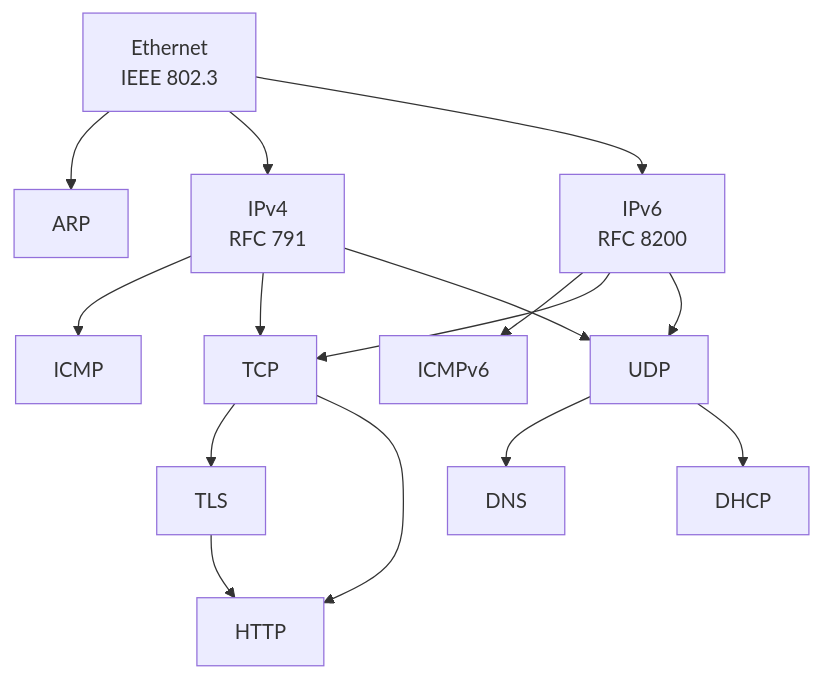
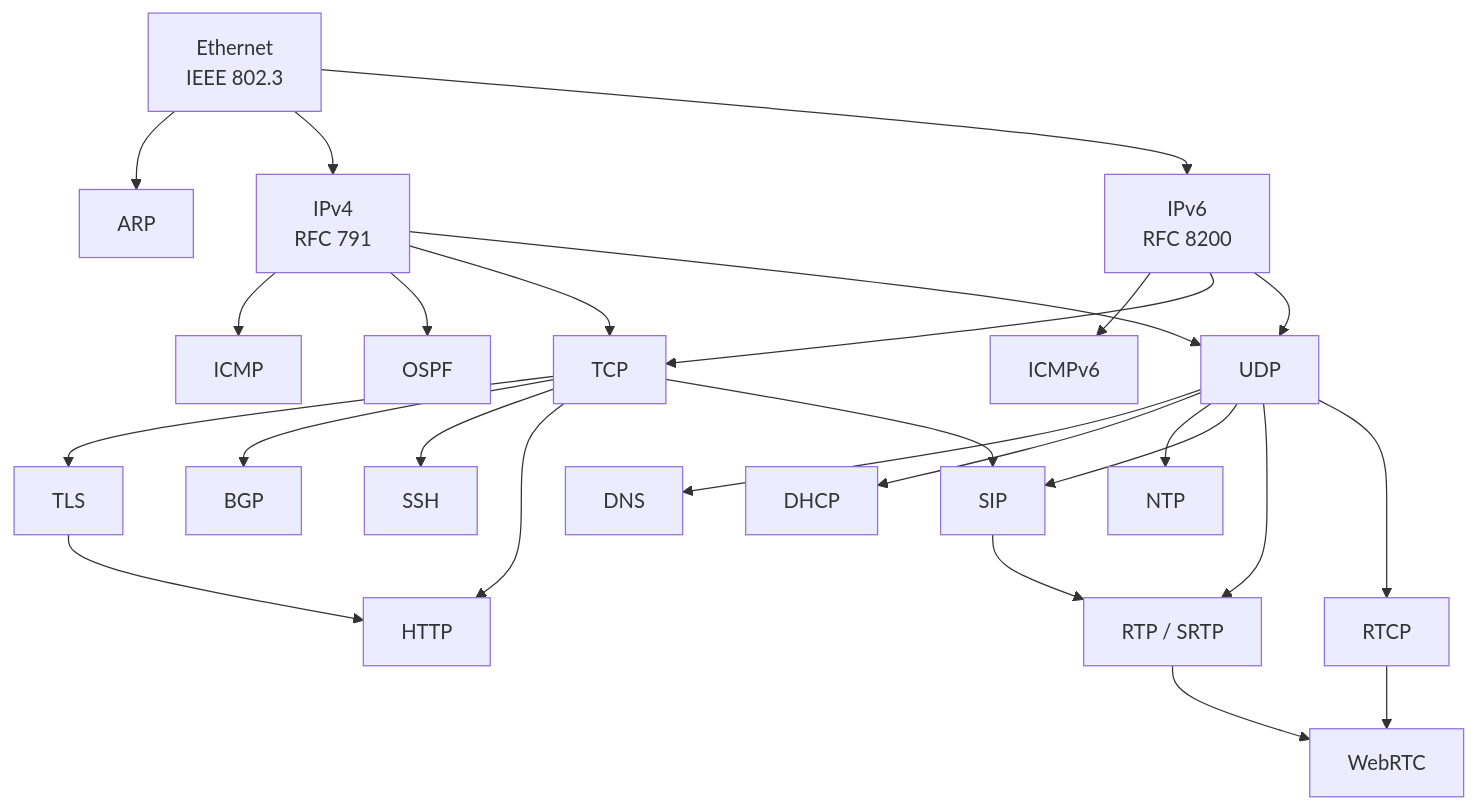
One commit to yepher/world_of_protocols changed the diagram in README.md. Above: the diagram before and after it, drawn with Mermaid. The commit also changed other lines of this file and 71 other files, not shown here.

````diff
--- a/README.md
+++ b/README.md
@@ -38,30 +138,49 @@
 ```mermaid
 graph TD
   Ethernet["Ethernet<br/>IEEE 802.3"]
   ARP["ARP"]
   IP["IPv4<br/>RFC 791"]
   IPv6["IPv6<br/>RFC 8200"]
   ICMP["ICMP"]
   ICMPv6["ICMPv6"]
+  OSPF["OSPF"]
   TCP["TCP"]
   UDP["UDP"]
   HTTP["HTTP"]
   TLS["TLS"]
   DNS["DNS"]
   DHCP["DHCP"]
+  NTP["NTP"]
+  SSH["SSH"]
+  BGP["BGP"]
+  SIP["SIP"]
+  RTP["RTP / SRTP"]
+  RTCP["RTCP"]
+  WebRTC["WebRTC"]
 
   Ethernet --> ARP
   Ethernet --> IP
   Ethernet --> IPv6
   IP --> ICMP
+  IP --> OSPF
   IP --> TCP
   IP --> UDP
   IPv6 --> ICMPv6
   IPv6 --> TCP
   IPv6 --> UDP
   TCP --> TLS
+  TCP --> BGP
+  TCP --> SSH
+  TCP --> HTTP
+  TCP --> SIP
   TLS --> HTTP
-  TCP --> HTTP
   UDP --> DNS
   UDP --> DHCP
+  UDP --> NTP
+  UDP --> SIP
+  UDP --> RTP
+  UDP --> RTCP
+  SIP --> RTP
+  RTP --> WebRTC
+  RTCP --> WebRTC
 ```
````
